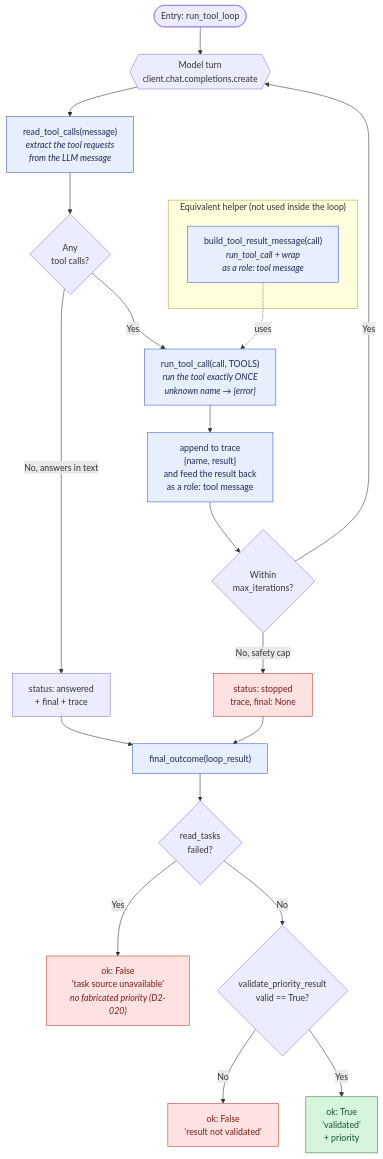
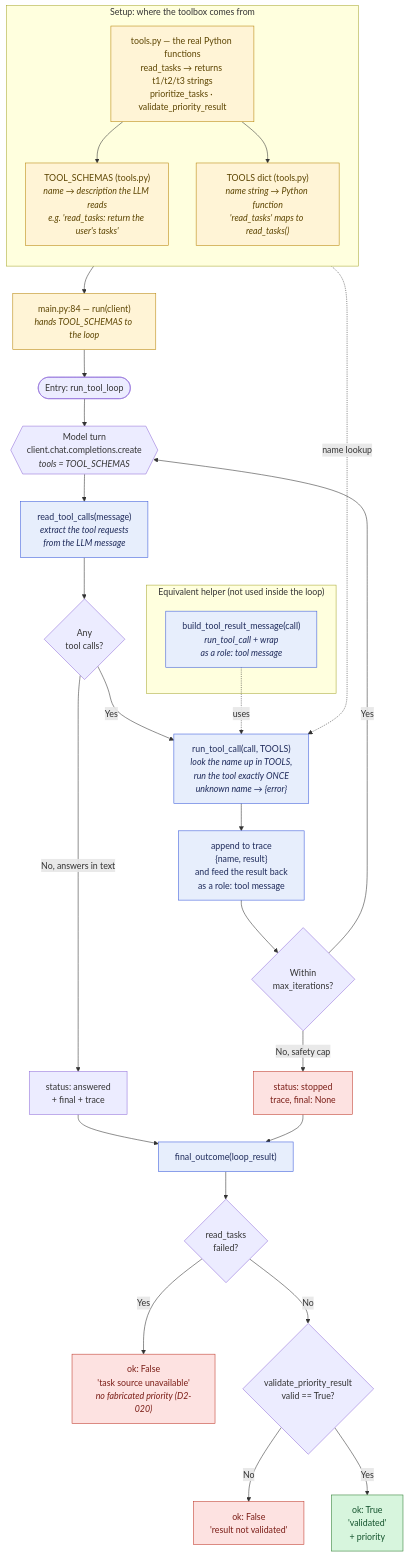
Before and after one commit to bellomojuly-sys/dani-2.0-: the diagram in docs/AGENT-FUNCTION-DIAGRAM.md, drawn with Mermaid. The commit also changed other lines of this file, not shown here.

Commit message:
docs: show toolbox wiring in agent function diagram
Add the setup nodes (tools.py definitions, TOOL_SCHEMAS, TOOLS) and the
main.py hand-off, plus the name-lookup arrow into run_tool_call, so the
diagram shows where the tools are defined, handed to the LLM, and called.

Claude-Session: https://claude.ai/code/session_016BEgZTAUVQwaEJpzGzfhBy

````diff
--- a/docs/AGENT-FUNCTION-DIAGRAM.md
+++ b/docs/AGENT-FUNCTION-DIAGRAM.md
@@ -6,37 +6,51 @@
 ```mermaid
 flowchart TD
-    START([Entry: run_tool_loop]) --> TURN{{"Model turn<br/>client.chat.completions.create"}}
+    subgraph SETUP["Setup: where the toolbox comes from"]
+        direction TB
+        DEFS["tools.py — the real Python functions<br/>read_tasks → returns t1/t2/t3 strings<br/>prioritize_tasks · validate_priority_result"]
+        SCHEMAS["TOOL_SCHEMAS (tools.py)<br/><i>name → description the LLM reads<br/>e.g. 'read_tasks: return the user's tasks'</i>"]
+        TOOLSMAP["TOOLS dict (tools.py)<br/><i>name string → Python function<br/>'read_tasks' maps to read_tasks()</i>"]
+        DEFS --> SCHEMAS
+        DEFS --> TOOLSMAP
+    end
+
+    SCHEMAS --> MAIN["main.py:84 — run(client)<br/><i>hands TOOL_SCHEMAS to the loop</i>"]
+    MAIN --> START([Entry: run_tool_loop])
+    START --> TURN{{"Model turn<br/>client.chat.completions.create<br/><i>tools = TOOL_SCHEMAS</i>"}}
 
     TURN --> READ["read_tool_calls(message)<br/><i>extract the tool requests<br/>from the LLM message</i>"]
 
     READ --> HASCALLS{Any<br/>tool calls?}
 
     HASCALLS -->|No, answers in text| ANSWERED["status: answered<br/>+ final + trace"]
-    HASCALLS -->|Yes| RUN["run_tool_call(call, TOOLS)<br/><i>run the tool exactly ONCE<br/>unknown name → {error}</i>"]
+    HASCALLS -->|Yes| RUN["run_tool_call(call, TOOLS)<br/><i>look the name up in TOOLS,<br/>run the tool exactly ONCE<br/>unknown name → {error}</i>"]
+    TOOLSMAP -.name lookup.-> RUN
 
     RUN --> APPEND["append to trace<br/>{name, result}<br/>and feed the result back<br/>as a role: tool message"]
     APPEND --> CAP{Within<br/>max_iterations?}
     CAP -->|Yes| TURN
     CAP -->|No, safety cap| STOPPED["status: stopped<br/>trace, final: None"]
 
     ANSWERED --> OUTCOME["final_outcome(loop_result)"]
     STOPPED --> OUTCOME
 
     OUTCOME --> SRC{read_tasks<br/>failed?}
     SRC -->|Yes| FAILSRC["ok: False<br/>'task source unavailable'<br/><i>no fabricated priority (D2-020)</i>"]
     SRC -->|No| VAL{validate_priority_result<br/>valid == True?}
     VAL -->|No| FAILVAL["ok: False<br/>'result not validated'"]
     VAL -->|Yes| OK["ok: True<br/>'validated'<br/>+ priority"]
 
     subgraph HELPER["Equivalent helper (not used inside the loop)"]
         BUILD["build_tool_result_message(call)<br/><i>run_tool_call + wrap<br/>as a role: tool message</i>"]
     end
     BUILD -.uses.-> RUN
 
     classDef ok fill:#d7f5dd,stroke:#2e7d32,color:#14532d;
     classDef fail fill:#fde2e1,stroke:#c0392b,color:#7a1d16;
     classDef proc fill:#e7eefc,stroke:#3b5bdb,color:#1e2a5a;
+    classDef setup fill:#fff4d6,stroke:#b8860b,color:#5c4400;
     class OK ok;
     class FAILSRC,FAILVAL,STOPPED fail;
     class READ,RUN,APPEND,BUILD,OUTCOME proc;
+    class DEFS,SCHEMAS,TOOLSMAP,MAIN setup;
 ```
````
